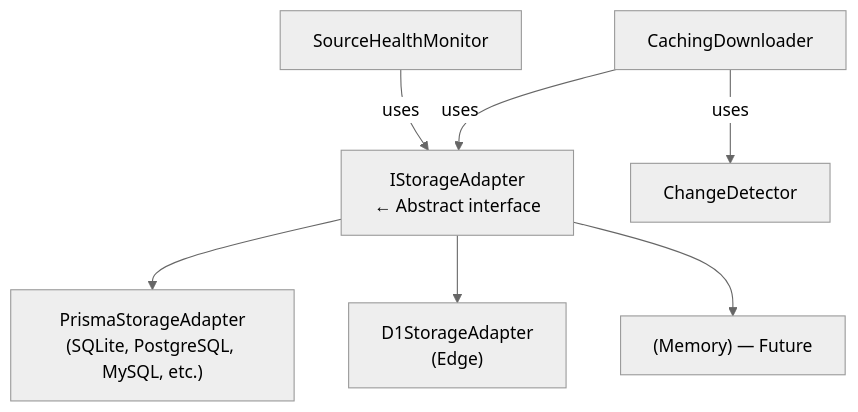
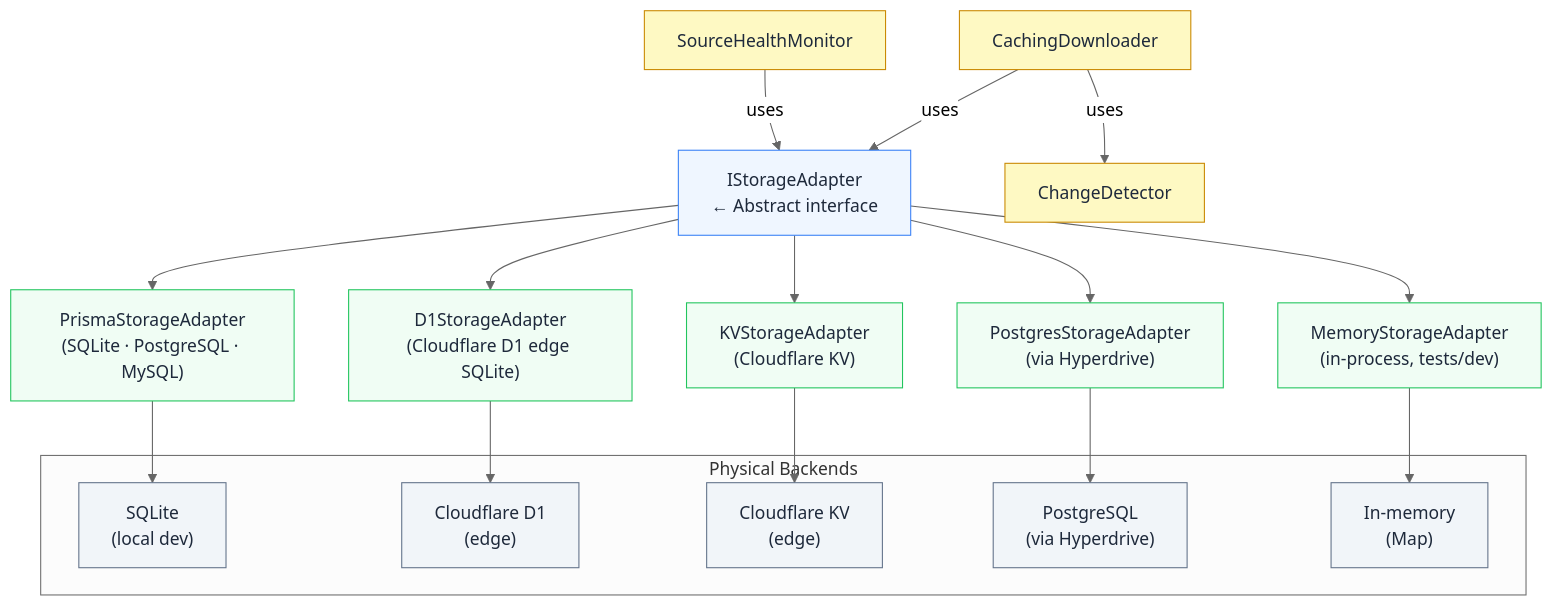
One commit to jaypatrick/adblock-compiler changed the eighth of 19 diagrams in docs/development/ARCHITECTURE.md. Above: the diagram before and after it, drawn with Mermaid (neutral theme). The commit also changed other lines of this file, not shown here.

Commit message:
docs: update ARCHITECTURE.md with current architecture and color-coded diagrams

````diff
--- a/docs/development/ARCHITECTURE.md
+++ b/docs/development/ARCHITECTURE.md
@@ -269,10 +327,31 @@
 ```mermaid
 flowchart TD
-    ISA["IStorageAdapter\n← Abstract interface"]
-    ISA --> PSA["PrismaStorageAdapter\n(SQLite, PostgreSQL, MySQL, etc.)"]
-    ISA --> D1A["D1StorageAdapter\n(Edge)"]
-    ISA --> MEM["(Memory) — Future"]
-    CD["CachingDownloader"] -->|uses| ISA
-    SHM["SourceHealthMonitor"] -->|uses| ISA
-    CD -->|uses| CHD["ChangeDetector"]
+    classDef interface fill:#eff6ff,stroke:#3b82f6,color:#1e293b
+    classDef adapter fill:#f0fdf4,stroke:#22c55e,color:#1e293b
+    classDef consumer fill:#fef9c3,stroke:#ca8a04,color:#1e293b
+    classDef infra fill:#f1f5f9,stroke:#64748b,color:#1e293b
+
+    ISA["IStorageAdapter\n← Abstract interface"]:::interface
+    ISA --> PSA["PrismaStorageAdapter\n(SQLite · PostgreSQL · MySQL)"]:::adapter
+    ISA --> D1A["D1StorageAdapter\n(Cloudflare D1 edge SQLite)"]:::adapter
+    ISA --> KVA["KVStorageAdapter\n(Cloudflare KV)"]:::adapter
+    ISA --> MEM["MemoryStorageAdapter\n(in-process, tests/dev)"]:::adapter
+    ISA --> PGA["PostgresStorageAdapter\n(via Hyperdrive)"]:::adapter
+    CD["CachingDownloader"]:::consumer -->|uses| ISA
+    SHM["SourceHealthMonitor"]:::consumer -->|uses| ISA
+    CD -->|uses| CHD["ChangeDetector"]:::consumer
+
+    subgraph BACKEND["Physical Backends"]
+        SQLITE["SQLite\n(local dev)"]:::infra
+        D1DB["Cloudflare D1\n(edge)"]:::infra
+        KVDB["Cloudflare KV\n(edge)"]:::infra
+        PGDB["PostgreSQL\n(via Hyperdrive)"]:::infra
+        RAM["In-memory\n(Map)"]:::infra
+    end
+
+    PSA --> SQLITE
+    D1A --> D1DB
+    KVA --> KVDB
+    PGA --> PGDB
+    MEM --> RAM
 ```
````
